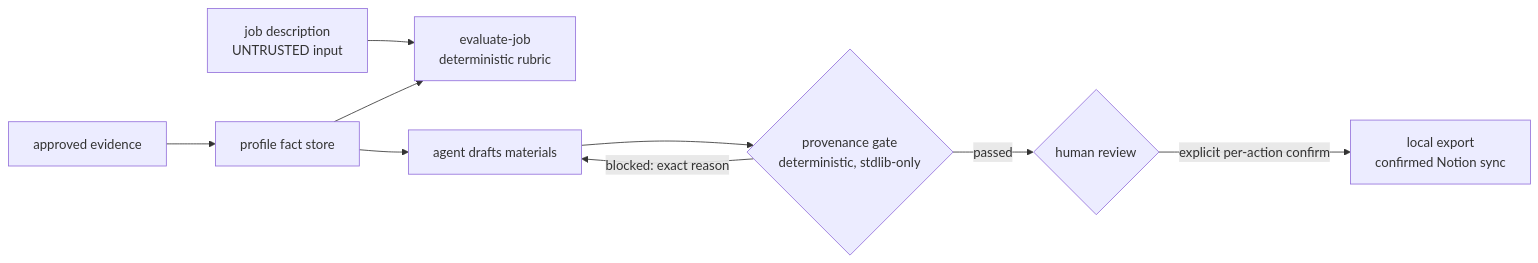
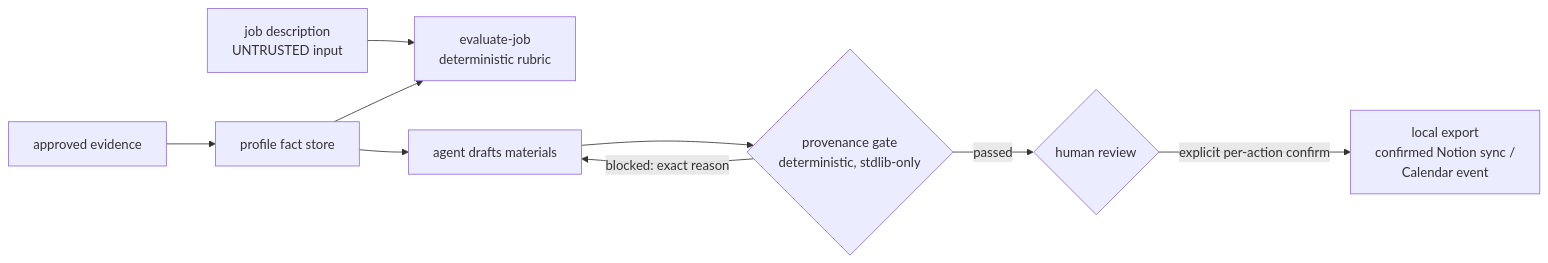
Before and after one commit to LaurenceFang/career-agent: the diagram in README.md, drawn with Mermaid. The commit also changed other lines of this file and 2 other files, not shown here.

Commit message:
Docs: acknowledge Google Calendar event creation as a second confirmation-gated external write

````diff
--- a/README.md
+++ b/README.md
@@ -23,11 +24,11 @@
 ```mermaid
 flowchart LR
     NOTES[approved evidence] --> PROFILE[profile fact store]
     JD[job description<br/>UNTRUSTED input] --> EVAL[evaluate-job<br/>deterministic rubric]
     PROFILE --> EVAL
     PROFILE --> AGENT[agent drafts materials]
     AGENT --> GATE{provenance gate<br/>deterministic, stdlib-only}
     GATE -- blocked: exact reason --> AGENT
     GATE -- passed --> HUMAN{human review}
-    HUMAN -- explicit per-action confirm --> SHIP[local export<br/>confirmed Notion sync]
+    HUMAN -- explicit per-action confirm --> SHIP[local export<br/>confirmed Notion sync /<br/>Calendar event]
 ```
````
